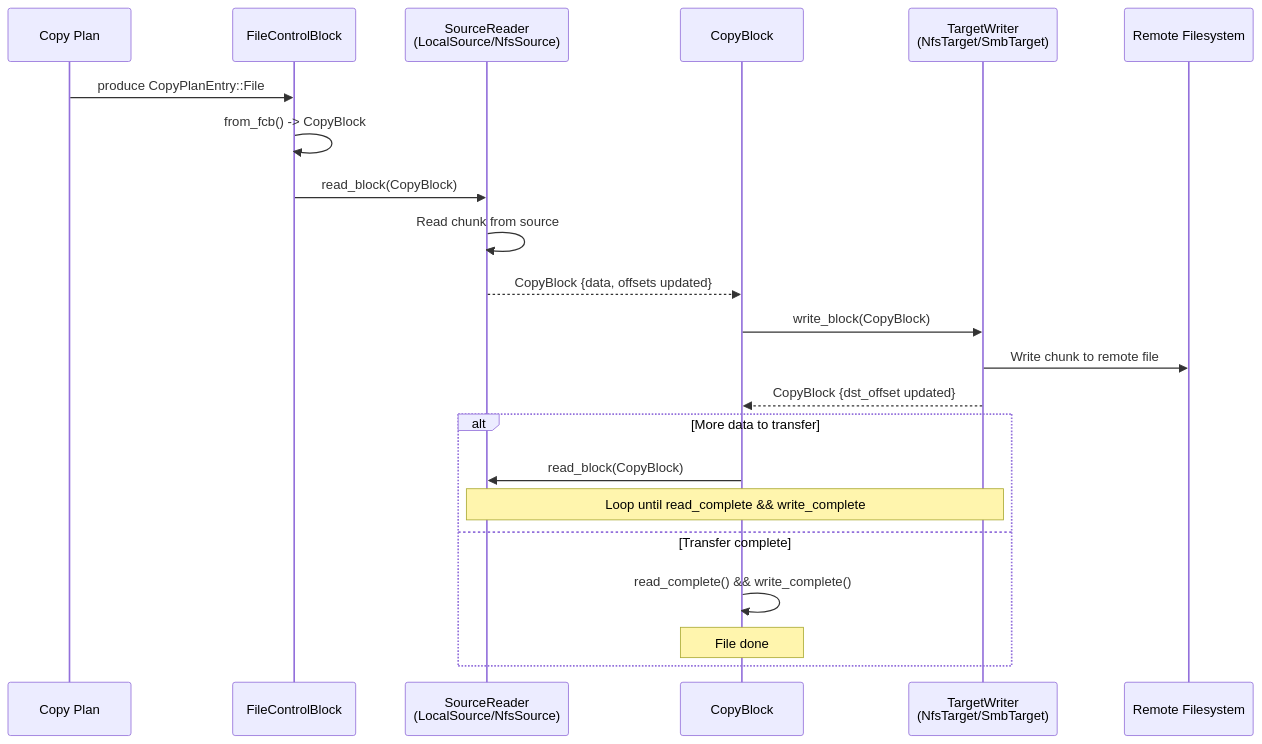
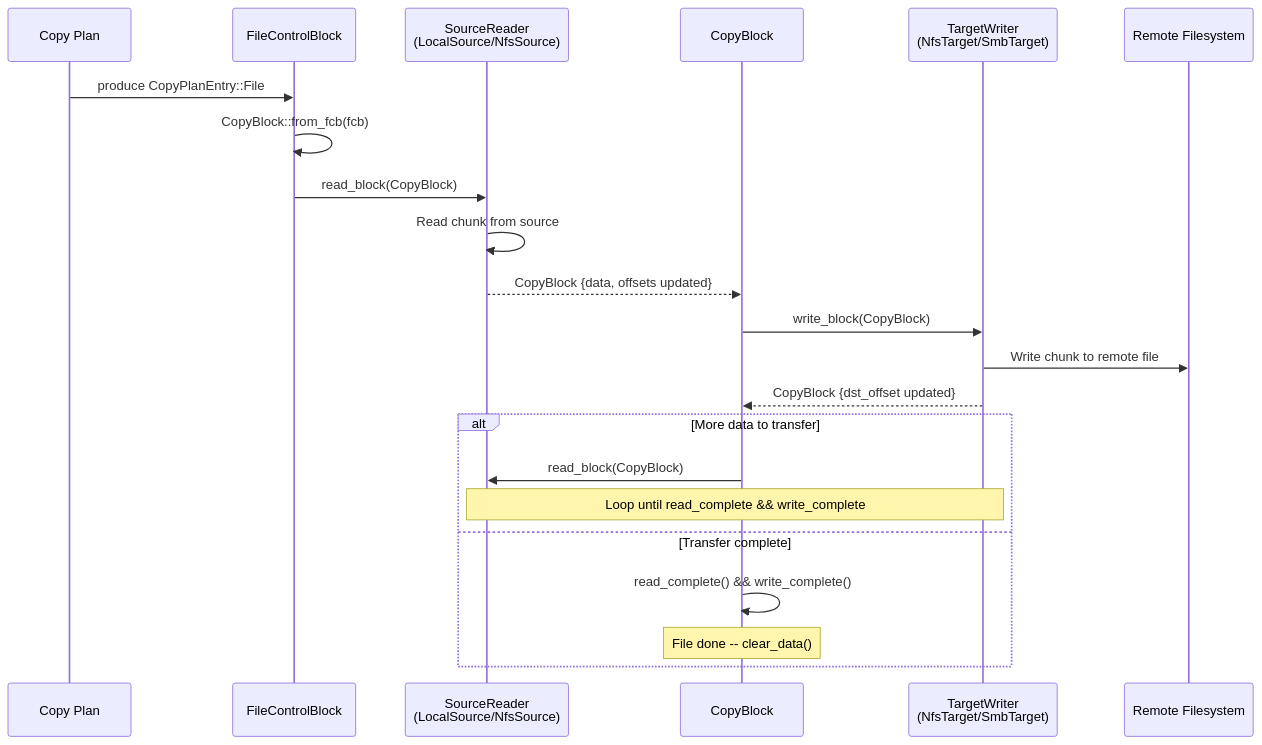
The seventh of 8 diagrams in wiki/docs/architecture/data-flow.md (XUranus/fpt-rs), drawn with Mermaid before and after one commit. The commit also changed other lines of this file and 60 other files, not shown here.

First line of the commit message:
Enhance wiki: code snippets, mermaid diagrams, i18n zh-CN support

````diff
--- a/wiki/docs/architecture/data-flow.md
+++ b/wiki/docs/architecture/data-flow.md
@@ -330,26 +577,26 @@
 ```mermaid
 sequenceDiagram
     participant PLAN as Copy Plan
     participant FCB as FileControlBlock
     participant READER as SourceReader<br/>(LocalSource/NfsSource)
     participant BLOCK as CopyBlock
     participant WRITER as TargetWriter<br/>(NfsTarget/SmbTarget)
     participant TARGET as Remote Filesystem
 
     PLAN->>FCB: produce CopyPlanEntry::File
-    FCB->>FCB: from_fcb() -> CopyBlock
+    FCB->>FCB: CopyBlock::from_fcb(fcb)
     FCB->>READER: read_block(CopyBlock)
     READER->>READER: Read chunk from source
     READER-->>BLOCK: CopyBlock {data, offsets updated}
     BLOCK->>WRITER: write_block(CopyBlock)
     WRITER->>TARGET: Write chunk to remote file
     WRITER-->>BLOCK: CopyBlock {dst_offset updated}
 
     alt More data to transfer
         BLOCK->>READER: read_block(CopyBlock)
         Note over READER,WRITER: Loop until read_complete && write_complete
     else Transfer complete
         BLOCK->>BLOCK: read_complete() && write_complete()
-        Note over BLOCK: File done
+        Note over BLOCK: File done -- clear_data()
     end
 ```
````
